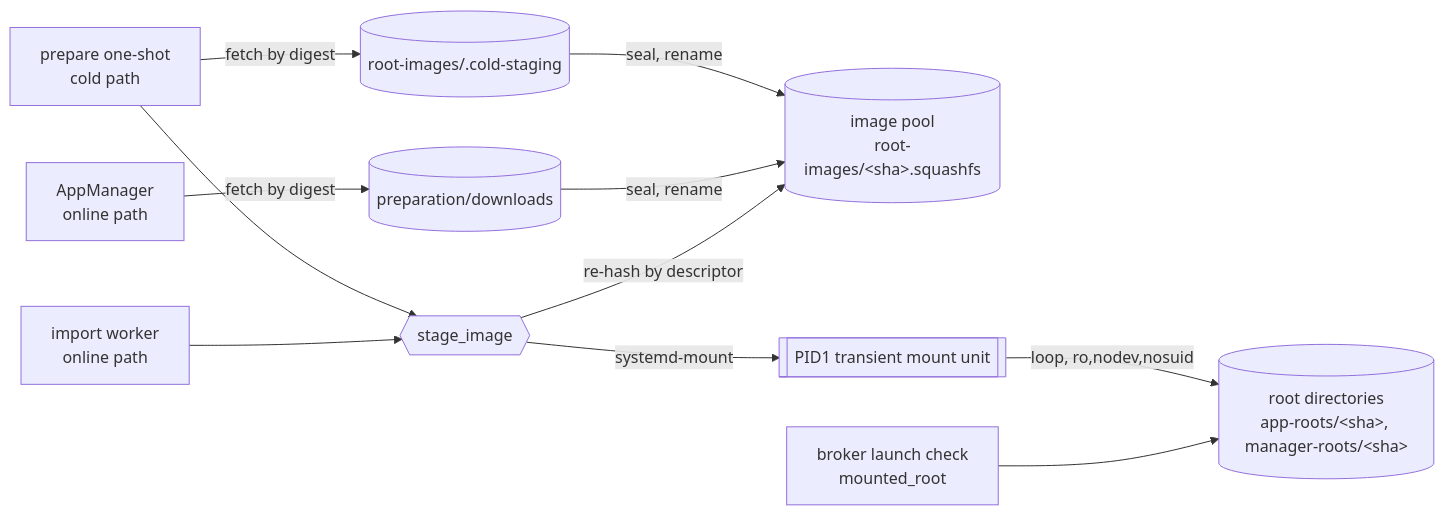
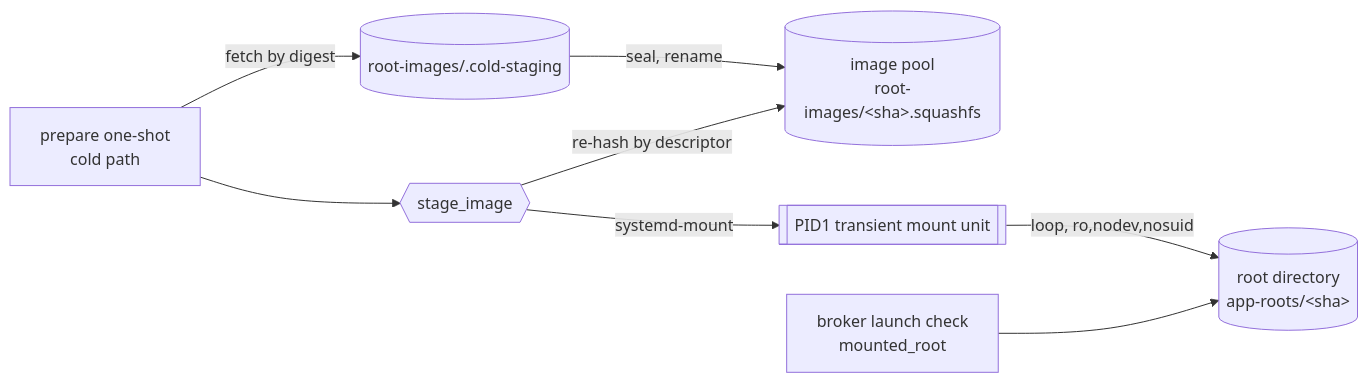
The third of 6 diagrams in docs/player-architecture.md (mcurcio/photo-wall), drawn with Mermaid before and after one commit. The commit also changed other lines of this file and 35 other files, not shown here.

````diff
--- a/docs/player-architecture.md
+++ b/docs/player-architecture.md
@@ -134,13 +126,10 @@
 ```mermaid
 flowchart LR
     PREP[prepare one-shot<br/>cold path] -->|fetch by digest| CS[(root-images/.cold-staging)]
-    MGR[AppManager<br/>online path] -->|fetch by digest| DL[(preparation/downloads)]
     PREP --> ST{{stage_image}}
-    IMP[import worker<br/>online path] --> ST
     CS -->|seal, rename| POOL[(image pool<br/>root-images/&lt;sha&gt;.squashfs)]
-    DL -->|seal, rename| POOL
     ST -->|re-hash by descriptor| POOL
     ST -->|systemd-mount| PID1[[PID1 transient mount unit]]
-    PID1 -->|loop, ro,nodev,nosuid| RD[(root directories<br/>app-roots/&lt;sha&gt;, manager-roots/&lt;sha&gt;)]
+    PID1 -->|loop, ro,nodev,nosuid| RD[(root directory<br/>app-roots/&lt;sha&gt;)]
     BR[broker launch check<br/>mounted_root] --> RD
 ```
````
